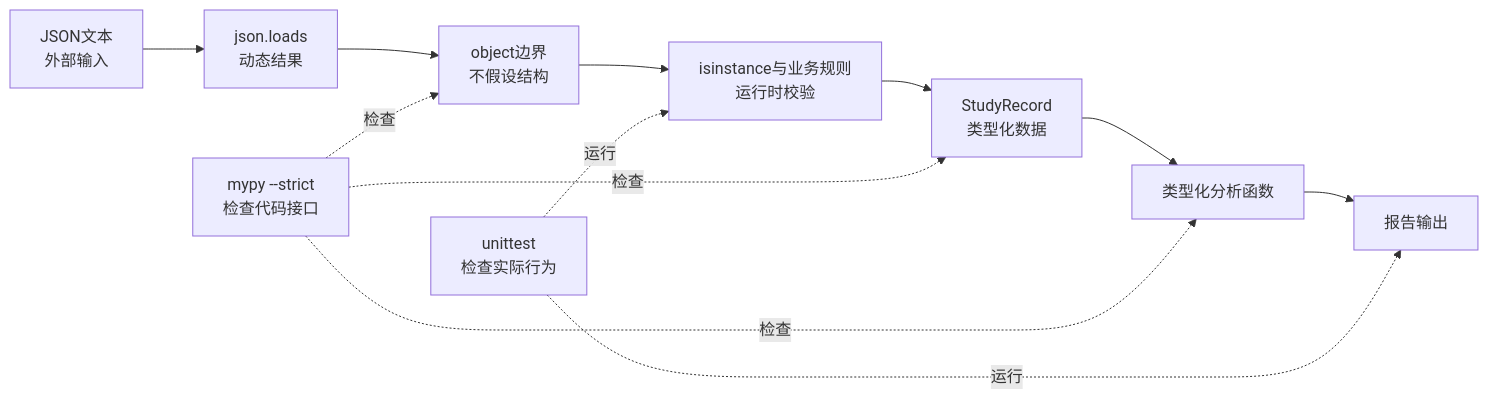
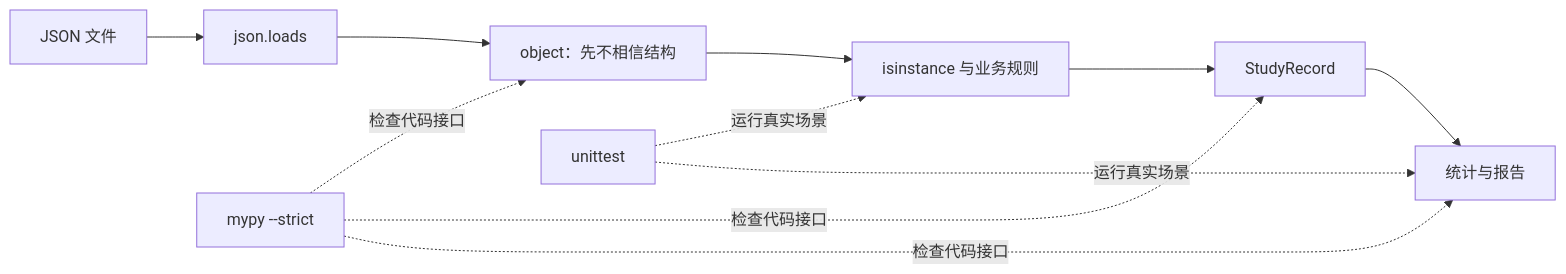
One commit to cafelemon/become_engineer changed the diagram in learning-paths/programming-languages/python-core/01-type-hints-interfaces-static-checking.md. Above: the diagram before and after it, drawn with Mermaid. The commit also changed other lines of this file and 205 other files, not shown here.

````diff
--- a/learning-paths/programming-languages/python-core/01-type-hints-interfaces-static-checking.md
+++ b/learning-paths/programming-languages/python-core/01-type-hints-interfaces-static-checking.md
@@ -93,15 +53,13 @@
-```mermaid
+~~~mermaid
 flowchart LR
-    A["JSON文本\n外部输入"] --> B["json.loads\n动态结果"]
-    B --> C["object边界\n不假设结构"]
-    C --> D["isinstance与业务规则\n运行时校验"]
-    D --> E["StudyRecord\n类型化数据"]
-    E --> F["类型化分析函数"]
-    F --> G["报告输出"]
-
-    M["mypy --strict\n检查代码接口"] -.检查.-> C
-    M -.检查.-> E
-    M -.检查.-> F
-    T["unittest\n检查实际行为"] -.运行.-> D
-    T -.运行.-> G
-```
+    A["JSON 文件"] --> B["json.loads"]
+    B --> C["object：先不相信结构"]
+    C --> D["isinstance 与业务规则"]
+    D --> E["StudyRecord"]
+    E --> F["统计与报告"]
+    M["mypy --strict"] -.检查代码接口.-> C
+    M -.检查代码接口.-> E
+    M -.检查代码接口.-> F
+    T["unittest"] -.运行真实场景.-> D
+    T -.运行真实场景.-> F
+~~~
````
